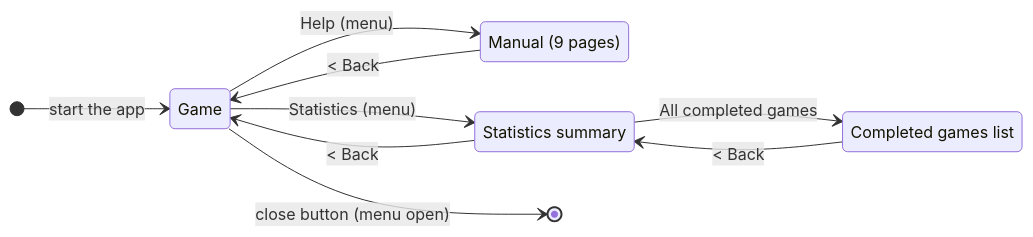
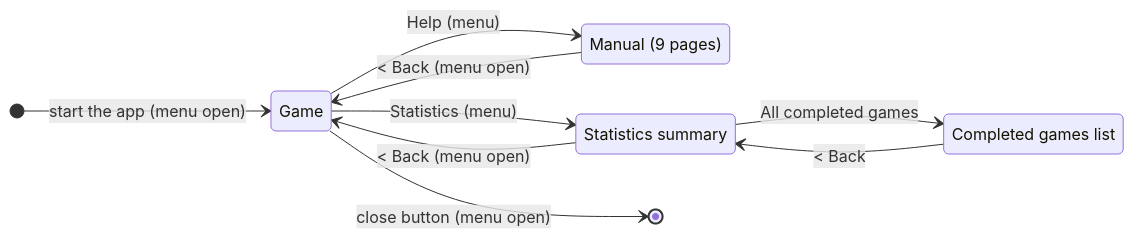
One commit to garbles/sudoku changed the first of 13 diagrams in REQUIREMENTS.md. Above: the diagram before and after it, drawn with Mermaid. The commit also changed other lines of this file and 27 other files, not shown here.

Commit message:
Menu should be open by default. Add more elaborate end-to-end development workflow

````diff
--- a/REQUIREMENTS.md
+++ b/REQUIREMENTS.md
@@ -55,17 +55,17 @@
 ```mermaid
 stateDiagram-v2
     direction LR
-    [*] --> Game: start the app
+    [*] --> Game: start the app (menu open)
     state "Game" as Game
     state "Manual (9 pages)" as Manual
     state "Statistics summary" as Statistics
     state "Completed games list" as Games
 
     Game --> Manual: Help (menu)
-    Manual --> Game: < Back
+    Manual --> Game: < Back (menu open)
     Game --> Statistics: Statistics (menu)
-    Statistics --> Game: < Back
+    Statistics --> Game: < Back (menu open)
     Statistics --> Games: All completed games
     Games --> Statistics: < Back
     Game --> [*]: close button (menu open)
 ```
````
